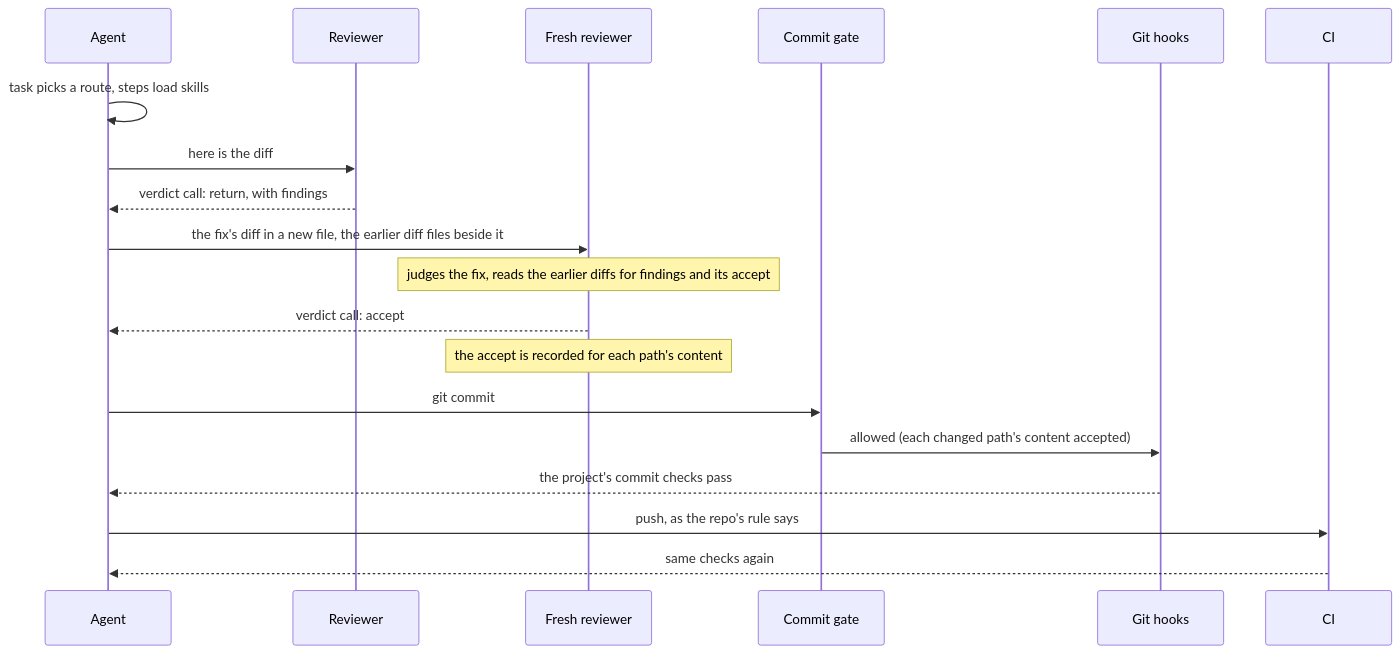
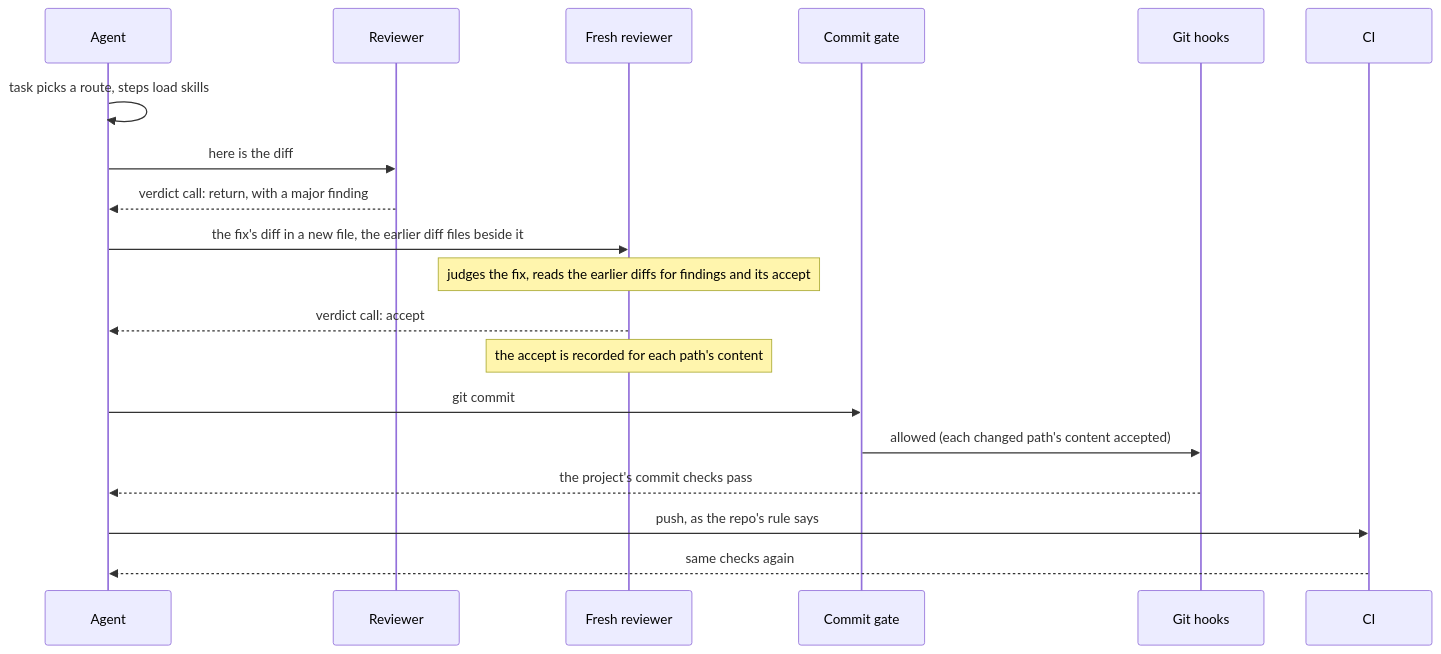
One commit to cniska/agent-skills changed the third of 3 diagrams in docs/plugin.md. Above: the diagram before and after it, drawn with Mermaid. The commit also changed other lines of this file and 16 other files, not shown here.

````diff
--- a/docs/plugin.md
+++ b/docs/plugin.md
@@ -31,21 +31,21 @@
 ```mermaid
 sequenceDiagram
   participant A as Agent
   participant V as Reviewer
   participant R as Fresh reviewer
   participant P as Commit gate
   participant G as Git hooks
   participant C as CI
   A->>A: task picks a route, steps load skills
   A->>V: here is the diff
-  V-->>A: verdict call: return, with findings
+  V-->>A: verdict call: return, with a major finding
   A->>R: the fix's diff in a new file, the earlier diff files beside it
   Note over R: judges the fix, reads the earlier diffs for findings and its accept
   R-->>A: verdict call: accept
   Note over R: the accept is recorded for each path's content
   A->>P: git commit
   P->>G: allowed (each changed path's content accepted)
   G-->>A: the project's commit checks pass
   A->>C: push, as the repo's rule says
   C-->>A: same checks again
 ```
````
